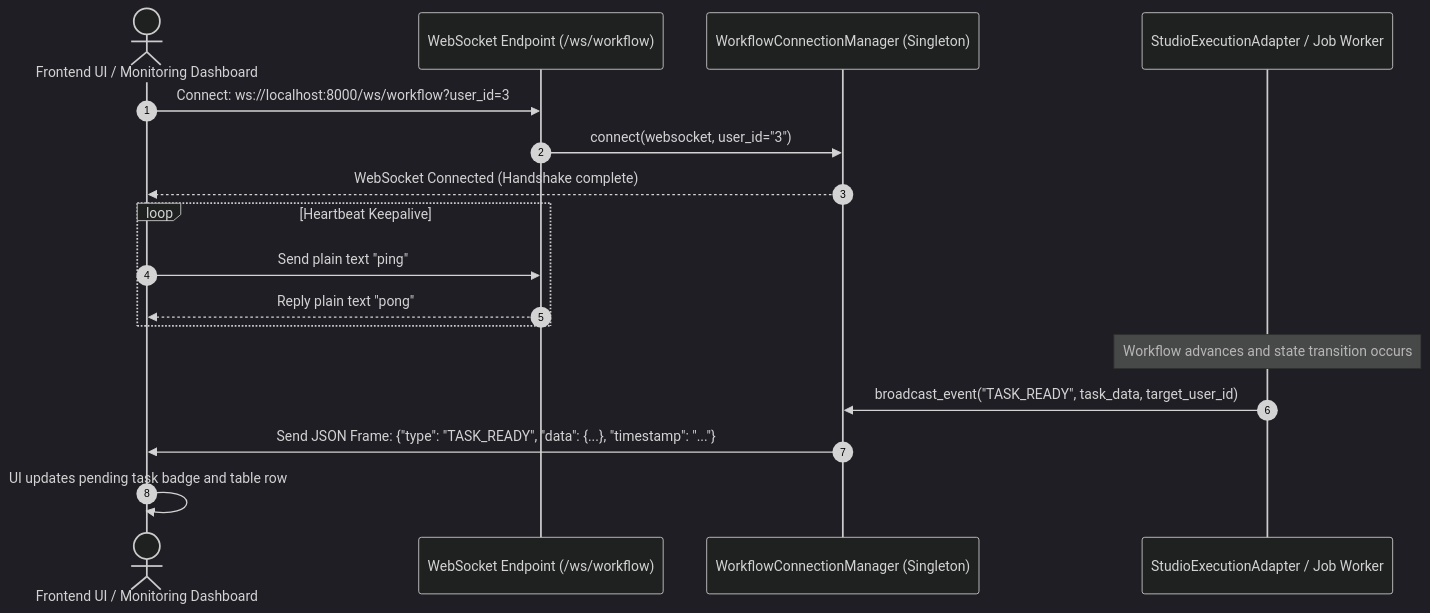
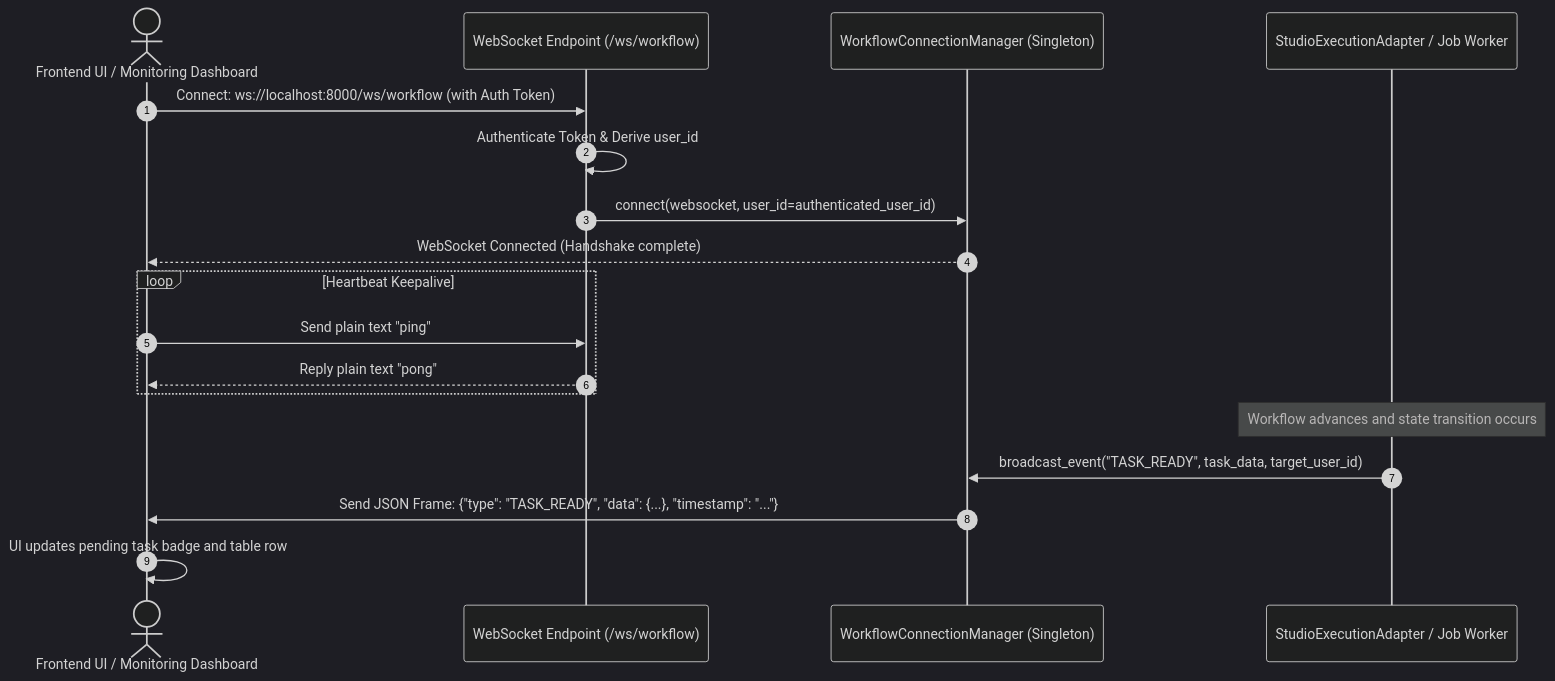
The diagram in docs/06-integrations/websocket-events.md (jasminbabariya22-eng/WorkFlow-Automation), drawn with Mermaid (dark theme) before and after one commit. The commit also changed 1 other file, not shown here.

Commit message:
docs: align row-scope identity field and update WebSocket sequence diagram to show authentication

````diff
--- a/docs/06-integrations/websocket-events.md
+++ b/docs/06-integrations/websocket-events.md
@@ -9,22 +9,23 @@
 ```mermaid
 sequenceDiagram
     autonumber
     actor Client as Frontend UI / Monitoring Dashboard
     participant WS as WebSocket Endpoint (/ws/workflow)
     participant Mgr as WorkflowConnectionManager (Singleton)
     participant Engine as StudioExecutionAdapter / Job Worker
 
-    Client->>WS: Connect: ws://localhost:8000/ws/workflow?user_id=3
-    WS->>Mgr: connect(websocket, user_id="3")
+    Client->>WS: Connect: ws://localhost:8000/ws/workflow (with Auth Token)
+    WS->>WS: Authenticate Token & Derive user_id
+    WS->>Mgr: connect(websocket, user_id=authenticated_user_id)
     Mgr-->>Client: WebSocket Connected (Handshake complete)
 
     loop Heartbeat Keepalive
         Client->>WS: Send plain text "ping"
         WS-->>Client: Reply plain text "pong"
     end
 
     Note over Engine: Workflow advances and state transition occurs
     Engine->>Mgr: broadcast_event("TASK_READY", task_data, target_user_id)
     Mgr->>Client: Send JSON Frame: {"type": "TASK_READY", "data": {...}, "timestamp": "..."}
     Client->>Client: UI updates pending task badge and table row
 ```
````
